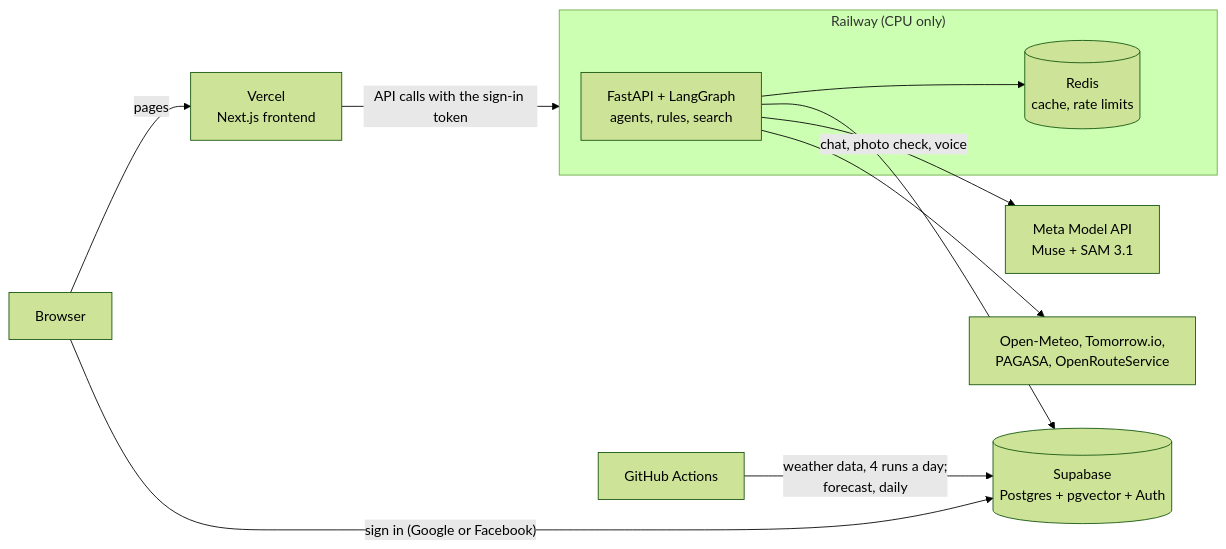
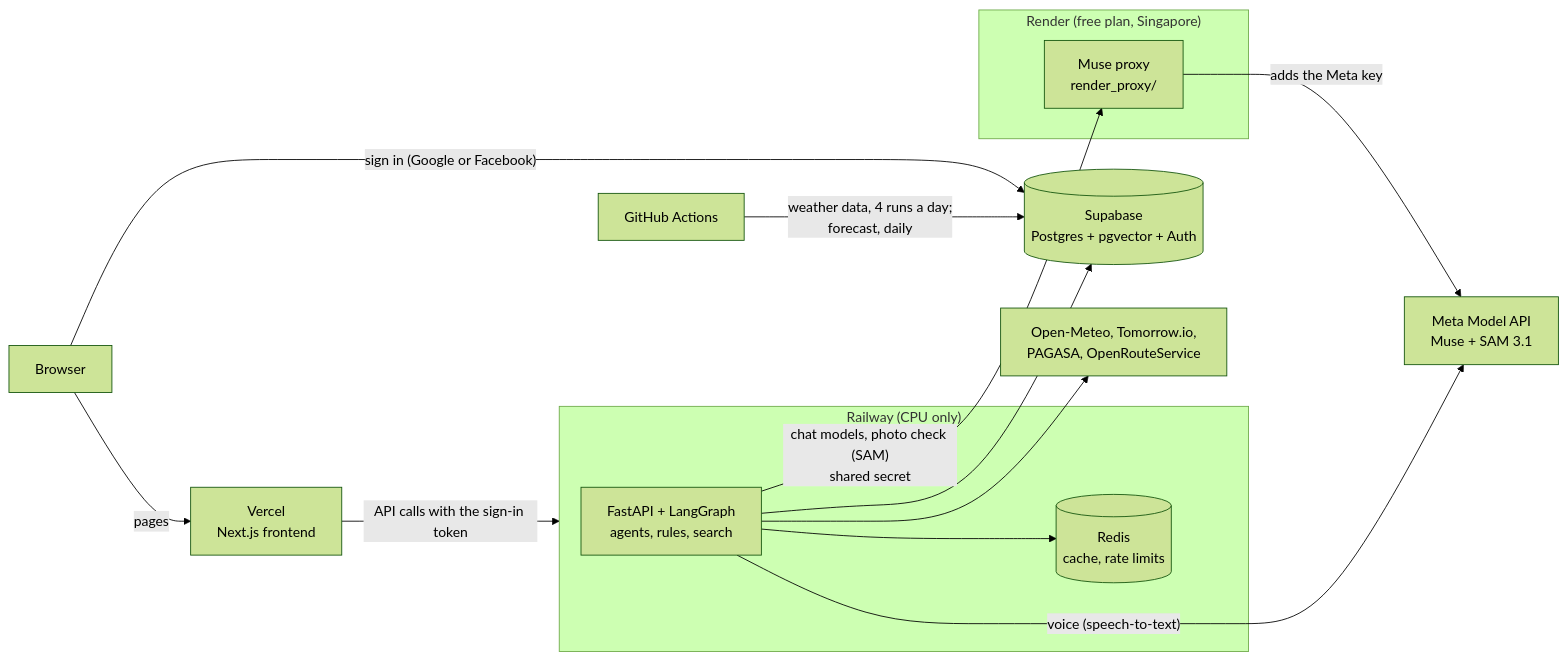
One commit to kennethmedes28/Flood-Gentic changed the first of 2 diagrams in README.md. Above: the diagram before and after it, drawn with Mermaid (forest theme). The commit also changed other lines of this file and 5 other files, not shown here.

````diff
--- a/README.md
+++ b/README.md
@@ -166,15 +171,20 @@
 ```mermaid
 flowchart LR
     U[Browser] -->|pages| V["Vercel<br/>Next.js frontend"]
     U -->|"sign in (Google or Facebook)"| SB
     V -->|"API calls with the sign-in token"| R
     subgraph R["Railway (CPU only)"]
       API["FastAPI + LangGraph<br/>agents, rules, search"]
       RC[("Redis<br/>cache, rate limits")]
     end
+    subgraph RD["Render (free plan, Singapore)"]
+      P["Muse proxy<br/>render_proxy/"]
+    end
     API --> RC
     API --> SB[("Supabase<br/>Postgres + pgvector + Auth")]
-    API -->|"chat, photo check, voice"| M["Meta Model API<br/>Muse + SAM 3.1"]
+    API -->|"chat models, photo check (SAM)<br/>shared secret"| P
+    P -->|"adds the Meta key"| M["Meta Model API<br/>Muse + SAM 3.1"]
+    API -->|"voice (speech-to-text)"| M
     API --> W["Open-Meteo, Tomorrow.io,<br/>PAGASA, OpenRouteService"]
     GH["GitHub Actions"] -->|"weather data, 4 runs a day;<br/>forecast, daily"| SB
 ```
````
